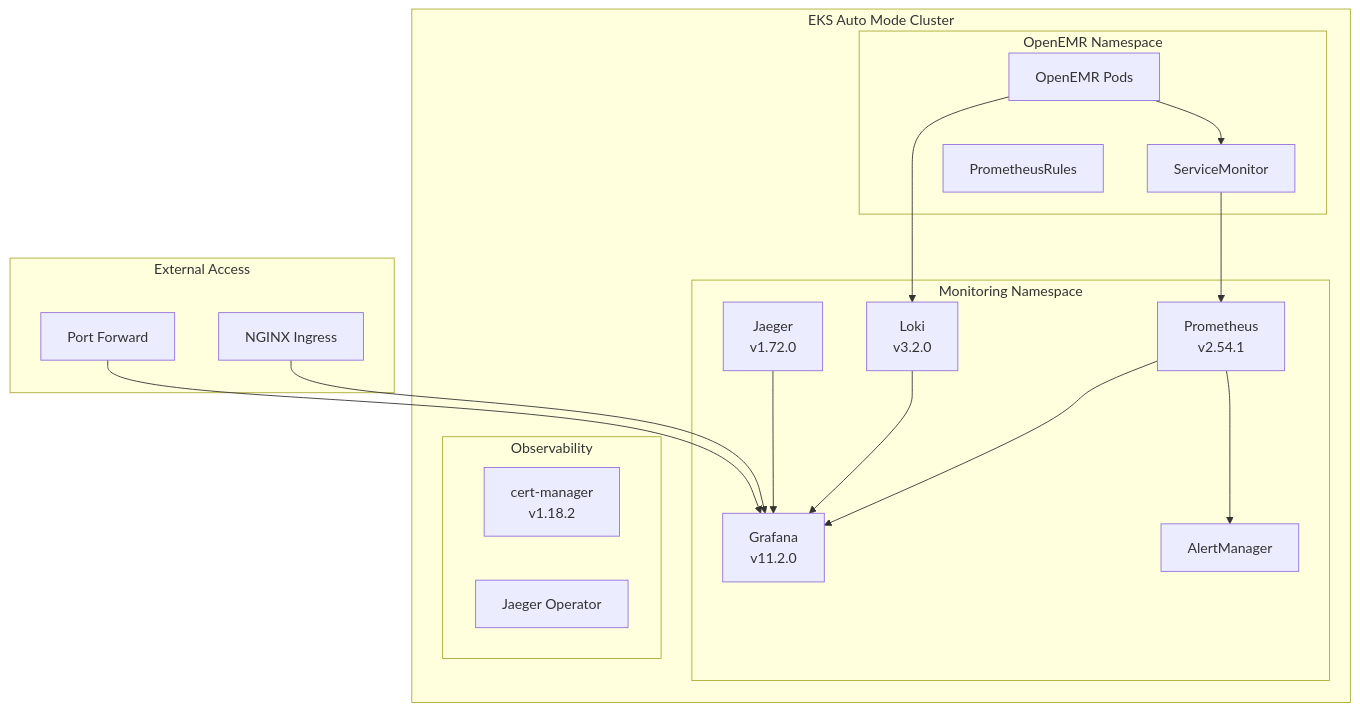
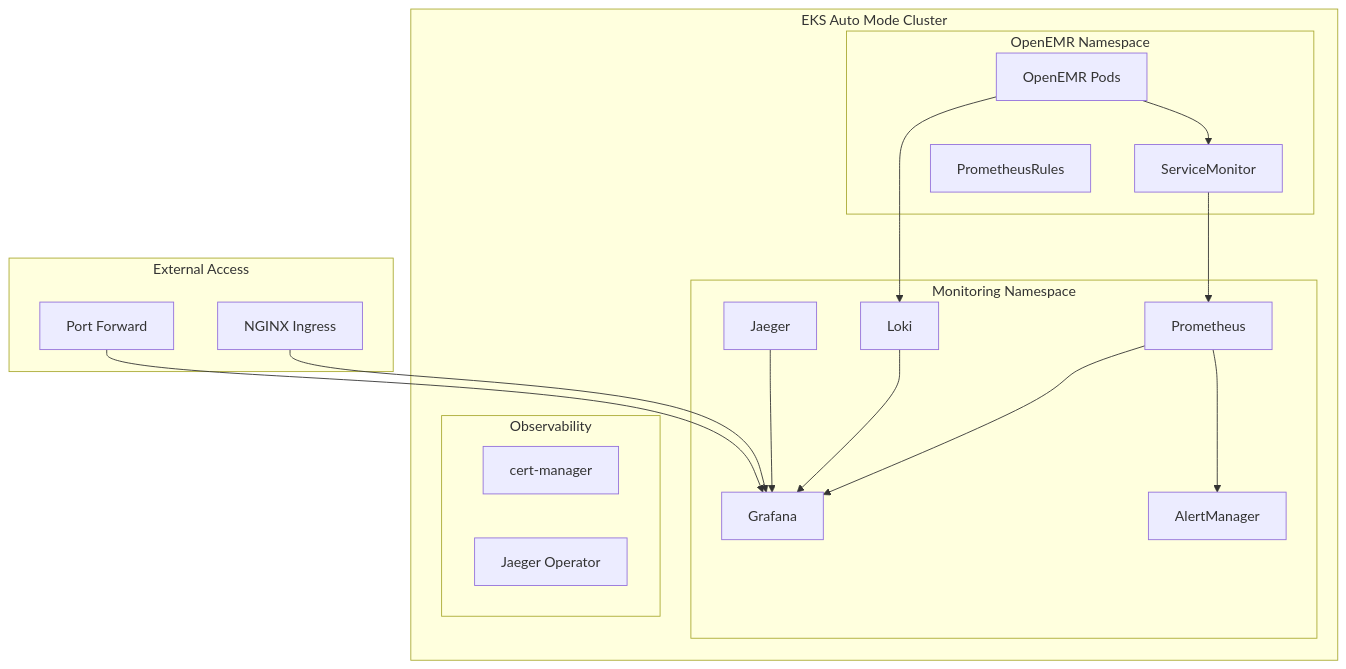
One commit to Jmevorach/openemr-on-eks changed the diagram in monitoring/README.md. Above: the diagram before and after it, drawn with Mermaid. The commit also changed 55 other files, not shown here.

````diff
--- a/monitoring/README.md
+++ b/monitoring/README.md
@@ -24,38 +24,38 @@
 ```mermaid
 graph TB
     subgraph "EKS Auto Mode Cluster"
         subgraph "Monitoring Namespace"
-            PROM[Prometheus<br/>v2.54.1]
-            GRAF[Grafana<br/>v11.2.0]
-            LOKI[Loki<br/>v3.2.0]
-            JAEG[Jaeger<br/>v1.72.0]
+            PROM[Prometheus]
+            GRAF[Grafana]
+            LOKI[Loki]
+            JAEG[Jaeger]
             ALERT[AlertManager]
         end
 
         subgraph "OpenEMR Namespace"
             OE[OpenEMR Pods]
             SM[ServiceMonitor]
             PR[PrometheusRules]
         end
 
         subgraph "Observability"
-            CM[cert-manager<br/>v1.18.2]
+            CM[cert-manager]
             JO[Jaeger Operator]
         end
     end
 
     subgraph "External Access"
         ING[NGINX Ingress]
         PF[Port Forward]
     end
 
     OE --> SM
     SM --> PROM
     OE --> LOKI
     PROM --> GRAF
     LOKI --> GRAF
     JAEG --> GRAF
     PROM --> ALERT
     ING --> GRAF
     PF --> GRAF
 ```
````
